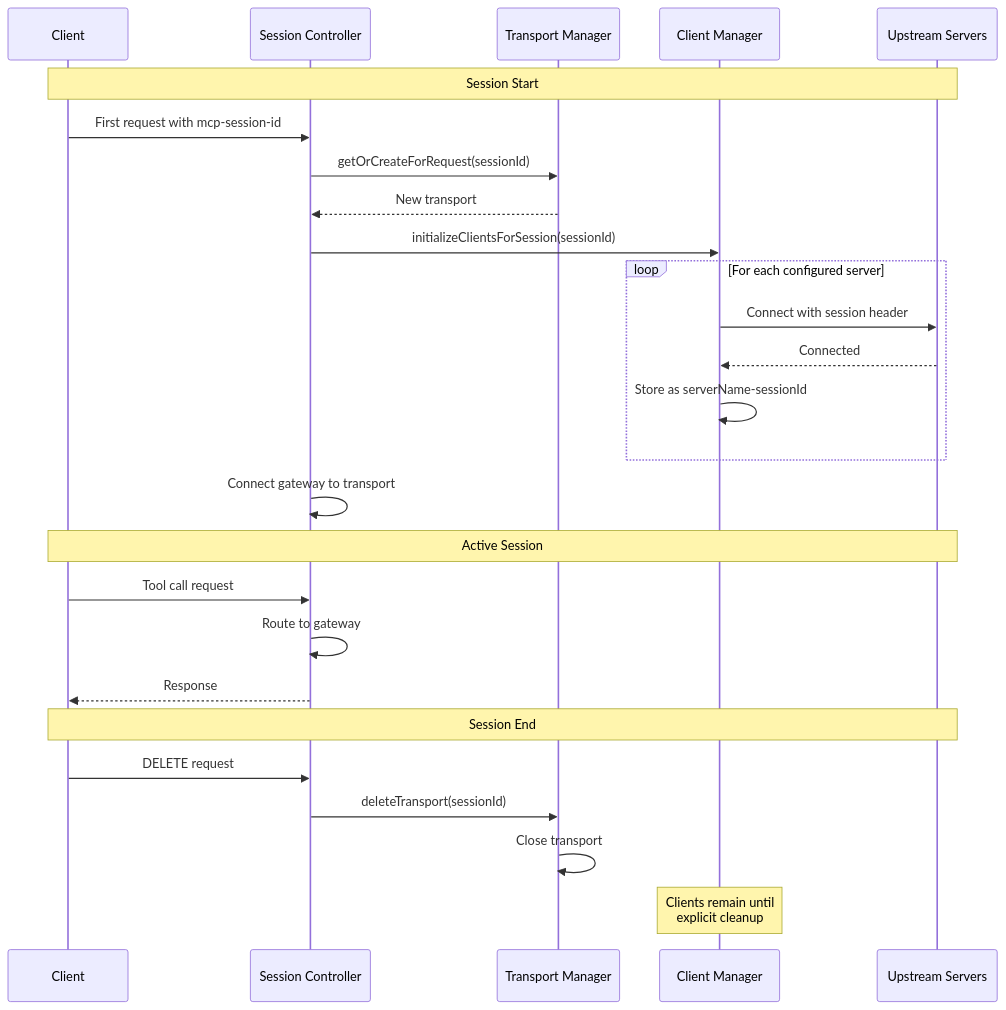
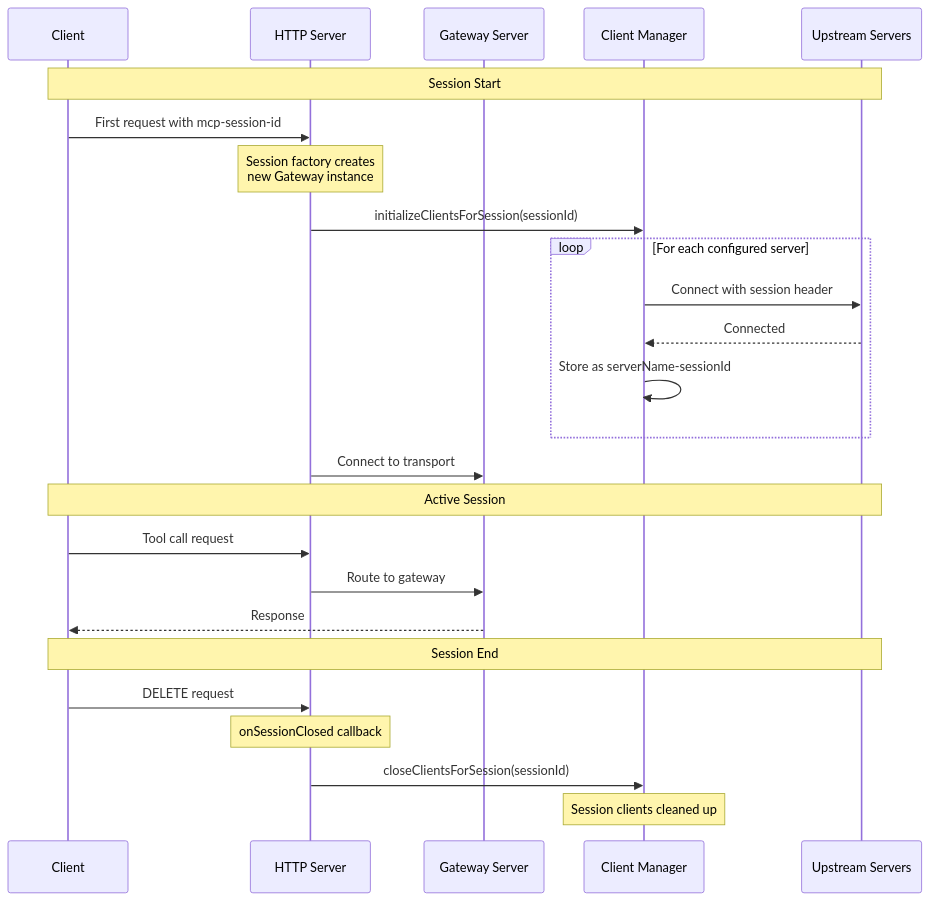
Before and after one commit to karashiiro/my-cool-proxy: the third of 7 diagrams in docs/design/session-management.md, drawn with Mermaid. The commit also changed other lines of this file and 3 other files, not shown here.

````diff
--- a/docs/design/session-management.md
+++ b/docs/design/session-management.md
@@ -96,33 +87,32 @@
 ```mermaid
 sequenceDiagram
     participant Client
-    participant Controller as Session Controller
-    participant Transport as Transport Manager
+    participant HTTP as HTTP Server
+    participant Gateway as Gateway Server
     participant ClientMgr as Client Manager
     participant Upstream as Upstream Servers
 
     Note over Client,Upstream: Session Start
-    Client->>Controller: First request with mcp-session-id
-    Controller->>Transport: getOrCreateForRequest(sessionId)
-    Transport-->>Controller: New transport
-    Controller->>ClientMgr: initializeClientsForSession(sessionId)
+    Client->>HTTP: First request with mcp-session-id
+    Note over HTTP: Session factory creates<br/>new Gateway instance
+    HTTP->>ClientMgr: initializeClientsForSession(sessionId)
 
     loop For each configured server
         ClientMgr->>Upstream: Connect with session header
         Upstream-->>ClientMgr: Connected
         ClientMgr->>ClientMgr: Store as serverName-sessionId
     end
 
-    Controller->>Controller: Connect gateway to transport
+    HTTP->>Gateway: Connect to transport
 
     Note over Client,Upstream: Active Session
-    Client->>Controller: Tool call request
-    Controller->>Controller: Route to gateway
-    Controller-->>Client: Response
+    Client->>HTTP: Tool call request
+    HTTP->>Gateway: Route to gateway
+    Gateway-->>Client: Response
 
     Note over Client,Upstream: Session End
-    Client->>Controller: DELETE request
-    Controller->>Transport: deleteTransport(sessionId)
-    Transport->>Transport: Close transport
-    Note over ClientMgr: Clients remain until<br/>explicit cleanup
+    Client->>HTTP: DELETE request
+    Note over HTTP: onSessionClosed callback
+    HTTP->>ClientMgr: closeClientsForSession(sessionId)
+    Note over ClientMgr: Session clients cleaned up
 ```
````
